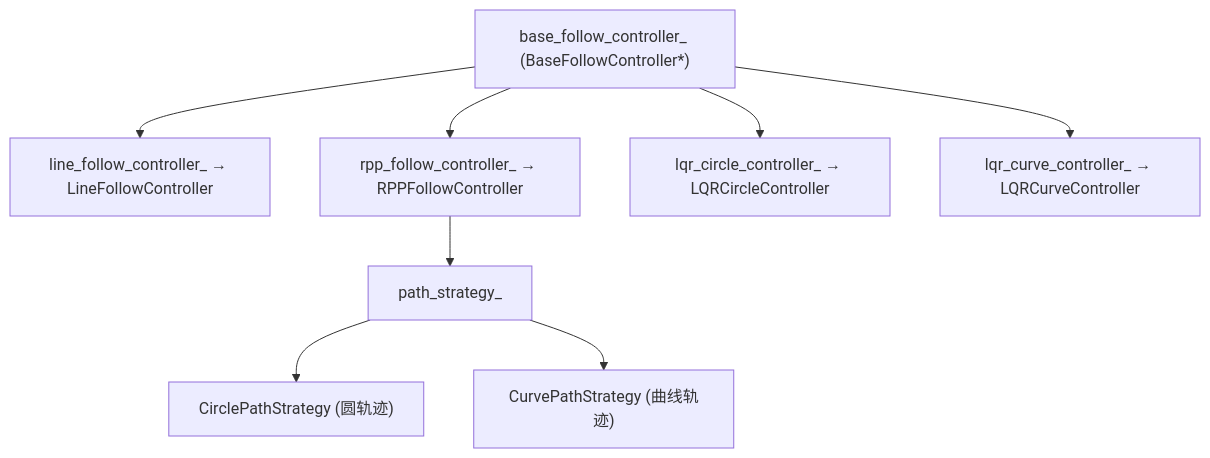
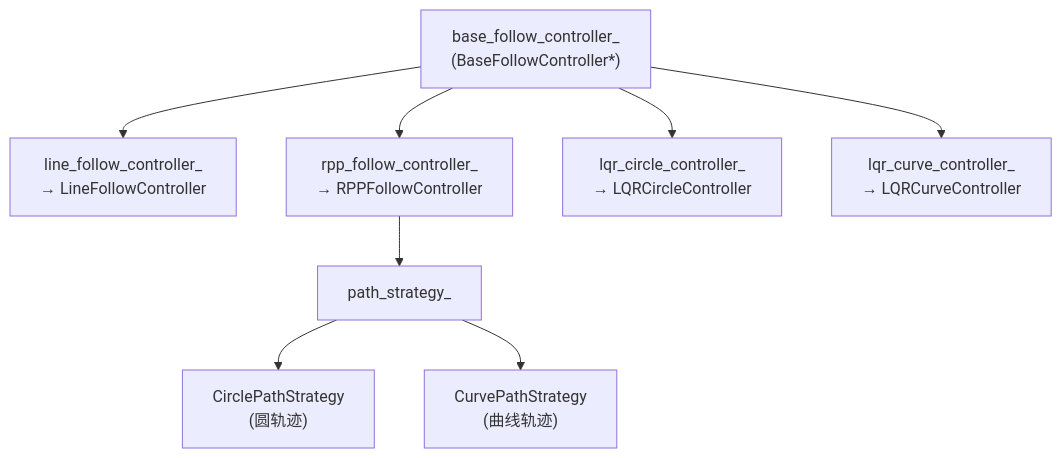
The first of 5 diagrams in a_黎伯项目/a__第一版机器相关代码及自述文件/readme/07_核心模块精读/03_xline_base_controller_运动控制中心.md (monstersjack/obsidian__ubuntu__project), drawn with Mermaid before and after one commit. The commit also changed other lines of this file and 14 other files, not shown here.

````diff
--- a/a_黎伯项目/a__第一版机器相关代码及自述文件/readme/07_核心模块精读/03_xline_base_controller_运动控制中心.md
+++ b/a_黎伯项目/a__第一版机器相关代码及自述文件/readme/07_核心模块精读/03_xline_base_controller_运动控制中心.md
@@ -79,10 +105,10 @@
 ```mermaid
 flowchart TD
-    B["base_follow_controller_ (BaseFollowController*)"] --> L["line_follow_controller_ → LineFollowController"]
-    B --> R["rpp_follow_controller_ → RPPFollowController"]
-    R --> S["path_strategy_"]
-    S --> C["CirclePathStrategy (圆轨迹)"]
-    S --> CV["CurvePathStrategy (曲线轨迹)"]
-    B --> LC["lqr_circle_controller_ → LQRCircleController"]
-    B --> LQ["lqr_curve_controller_ → LQRCurveController"]
+    B["base_follow_controller_<br/>(BaseFollowController*)"] --> L1["line_follow_controller_<br/>→ LineFollowController"]
+    B --> R["rpp_follow_controller_<br/>→ RPPFollowController"]
+    R --> PS["path_strategy_"]
+    PS --> C1["CirclePathStrategy<br/>(圆轨迹)"]
+    PS --> C2["CurvePathStrategy<br/>(曲线轨迹)"]
+    B --> L2["lqr_circle_controller_<br/>→ LQRCircleController"]
+    B --> L3["lqr_curve_controller_<br/>→ LQRCurveController"]
 ```
````
